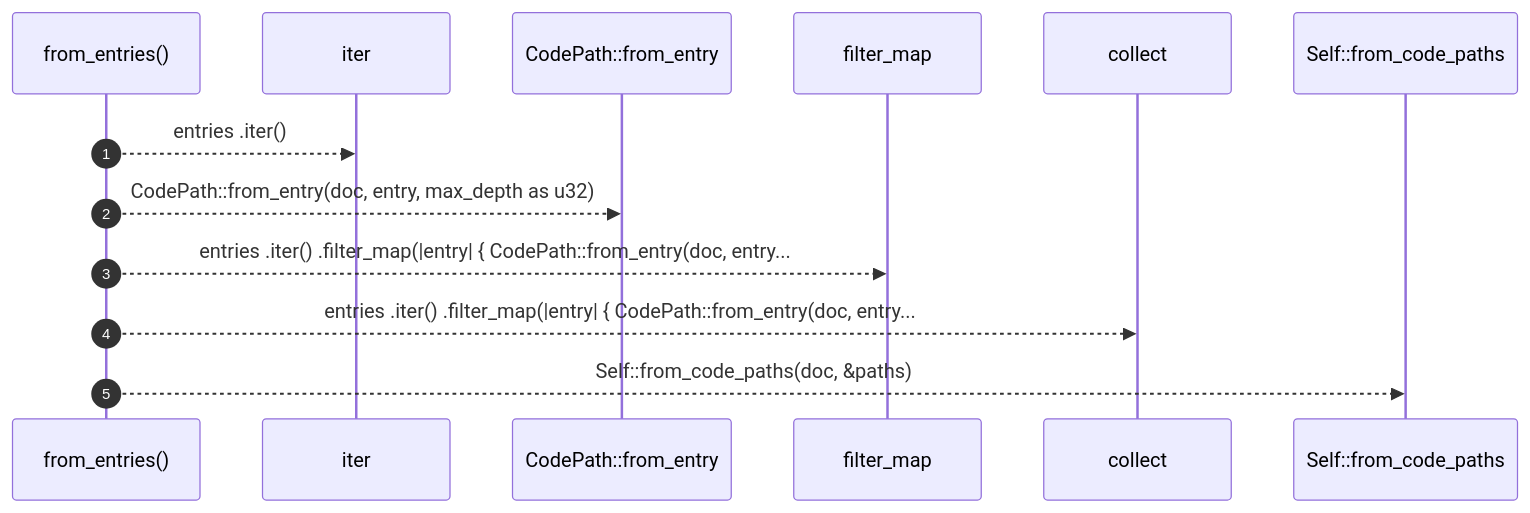
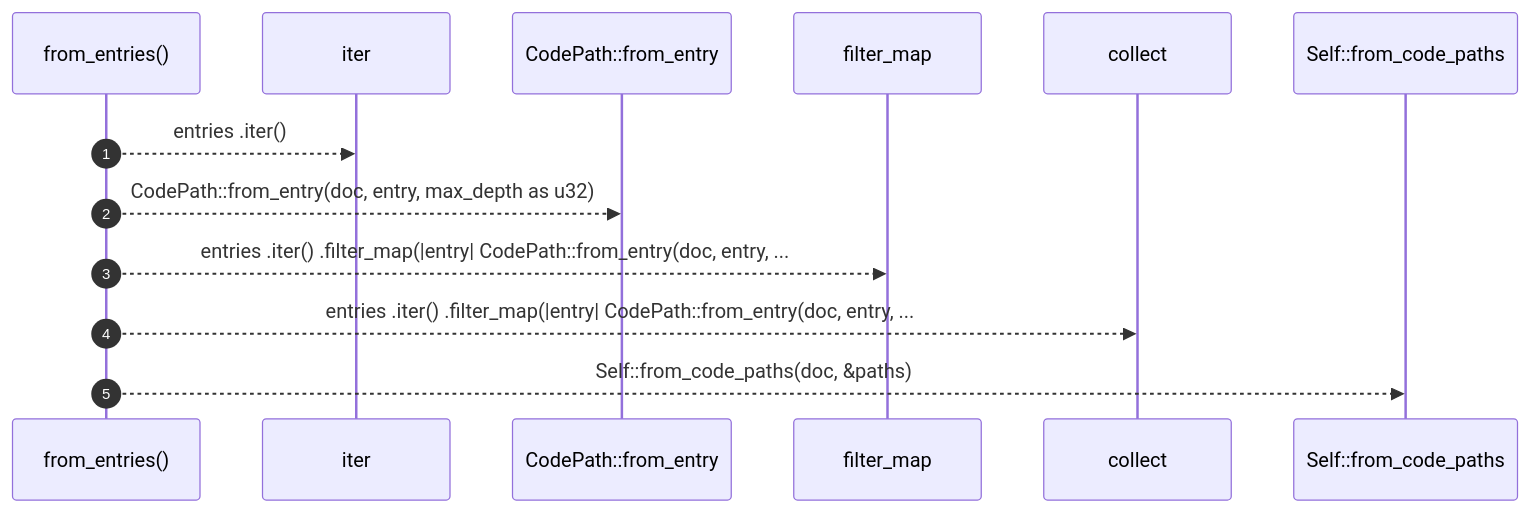
Before and after one commit to RyanGuild/self-describing-code: the third of 4 diagrams in docs/self-model/robby_render/view/entrypoints/impl-calltree.md, drawn with Mermaid. The commit also changed other lines of this file and 747 other files, not shown here.

````diff
--- a/docs/self-model/robby_render/view/entrypoints/impl-calltree.md
+++ b/docs/self-model/robby_render/view/entrypoints/impl-calltree.md
@@ -299,15 +292,15 @@
 ```mermaid
 sequenceDiagram
     autonumber
     participant from_entries as from_entries()
     participant iter as iter
     participant CodePath__from_entry as CodePath::from_entry
     participant filter_map as filter_map
     participant collect as collect
     participant Self__from_code_paths as Self::from_code_paths
     from_entries-->>iter: entries .iter()
     from_entries-->>CodePath__from_entry: CodePath::from_entry(doc, entry, max_depth as u32)
-    from_entries-->>filter_map: entries .iter() .filter_map(|entry| { CodePath::from_entry(doc, entry...
-    from_entries-->>collect: entries .iter() .filter_map(|entry| { CodePath::from_entry(doc, entry...
+    from_entries-->>filter_map: entries .iter() .filter_map(|entry| CodePath::from_entry(doc, entry, ...
+    from_entries-->>collect: entries .iter() .filter_map(|entry| CodePath::from_entry(doc, entry, ...
     from_entries-->>Self__from_code_paths: Self::from_code_paths(doc, &paths)
 ```
````
